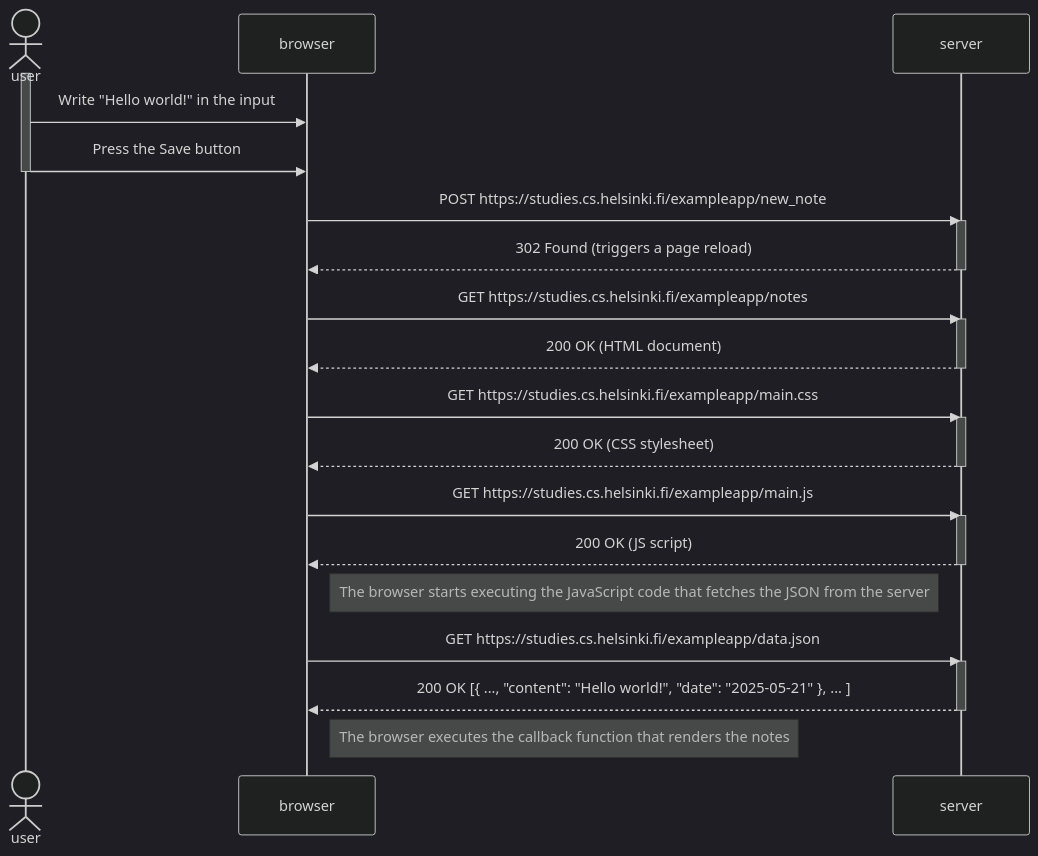
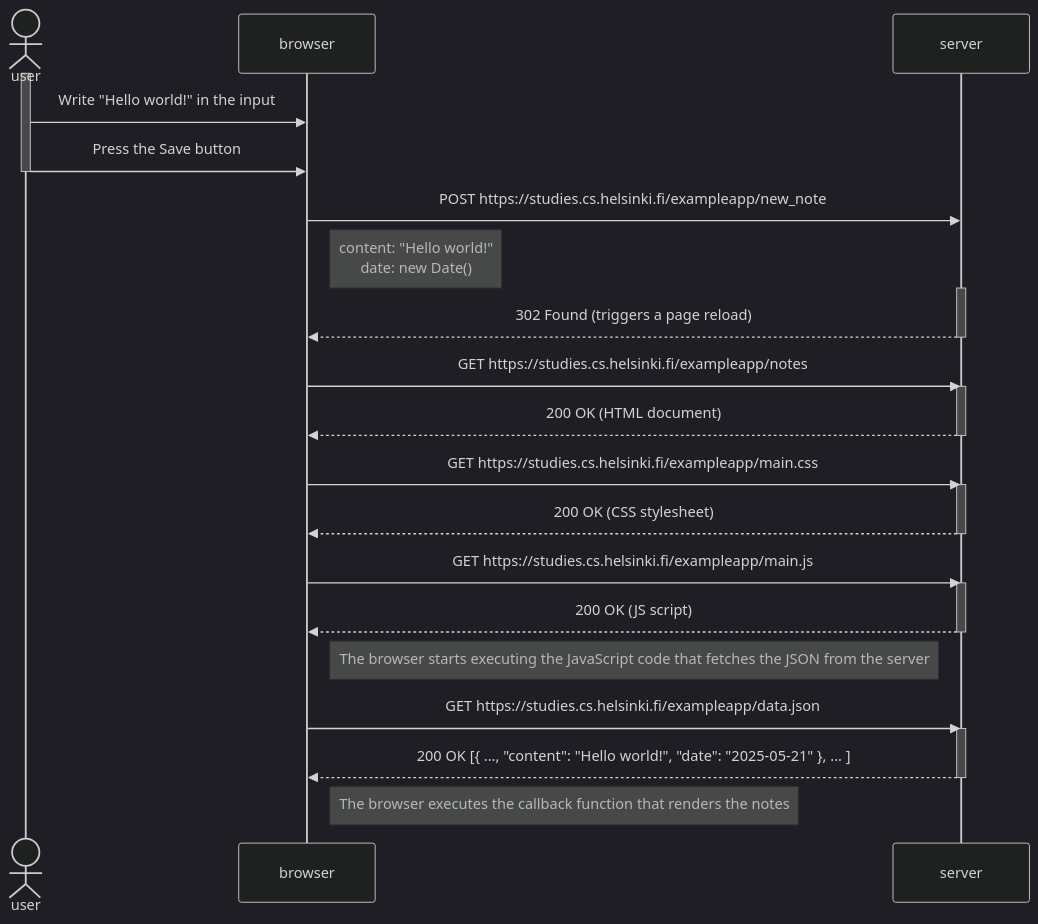
The diagram in part0/0.4-new-note-diagram.mermaid (d4-n1/fullstackopen), drawn with Mermaid before and after one commit.

Commit message:
Added more details into  the diagram in 0.4 exercise

```diff
--- a/part0/0.4-new-note-diagram.mermaid
+++ b/part0/0.4-new-note-diagram.mermaid
@@ -1,41 +1,43 @@
 %%{init: {'theme':'dark'}}%%
 
 sequenceDiagram
 
     actor user
     participant browser
     participant server
 
     activate user
     user->>browser: Write "Hello world!" in the input
     user->>browser: Press the Save button
     deactivate user
 
+
     browser->>server: POST https://studies.cs.helsinki.fi/exampleapp/new_note
+    Note right of browser: content: "Hello world!"<br/>date: new Date()
     activate server
     server-->>browser: 302 Found (triggers a page reload)
     deactivate server
 
     browser->>server: GET https://studies.cs.helsinki.fi/exampleapp/notes
     activate server
     server-->>browser: 200 OK (HTML document)
     deactivate server
 
     browser->>server: GET https://studies.cs.helsinki.fi/exampleapp/main.css
     activate server
     server-->>browser: 200 OK (CSS stylesheet)
     deactivate server
 
     browser->>server: GET https://studies.cs.helsinki.fi/exampleapp/main.js
     activate server
     server-->>browser: 200 OK (JS script)
     deactivate server
 
     Note right of browser: The browser starts executing the JavaScript code that fetches the JSON from the server
 
     browser->>server: GET https://studies.cs.helsinki.fi/exampleapp/data.json
     activate server
     server-->>browser: 200 OK [{ ..., "content": "Hello world!", "date": "2025-05-21" }, ... ]
     deactivate server
 
     Note right of browser: The browser executes the callback function that renders the notes
```
